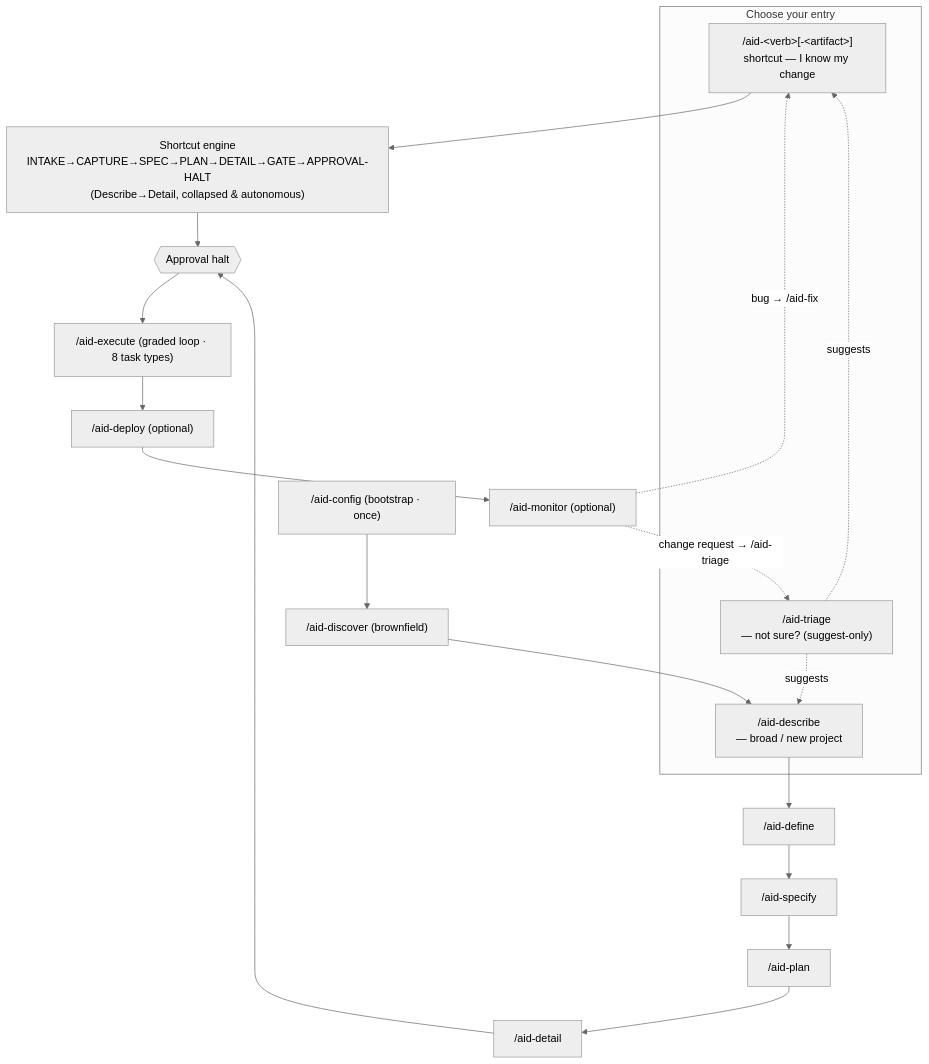
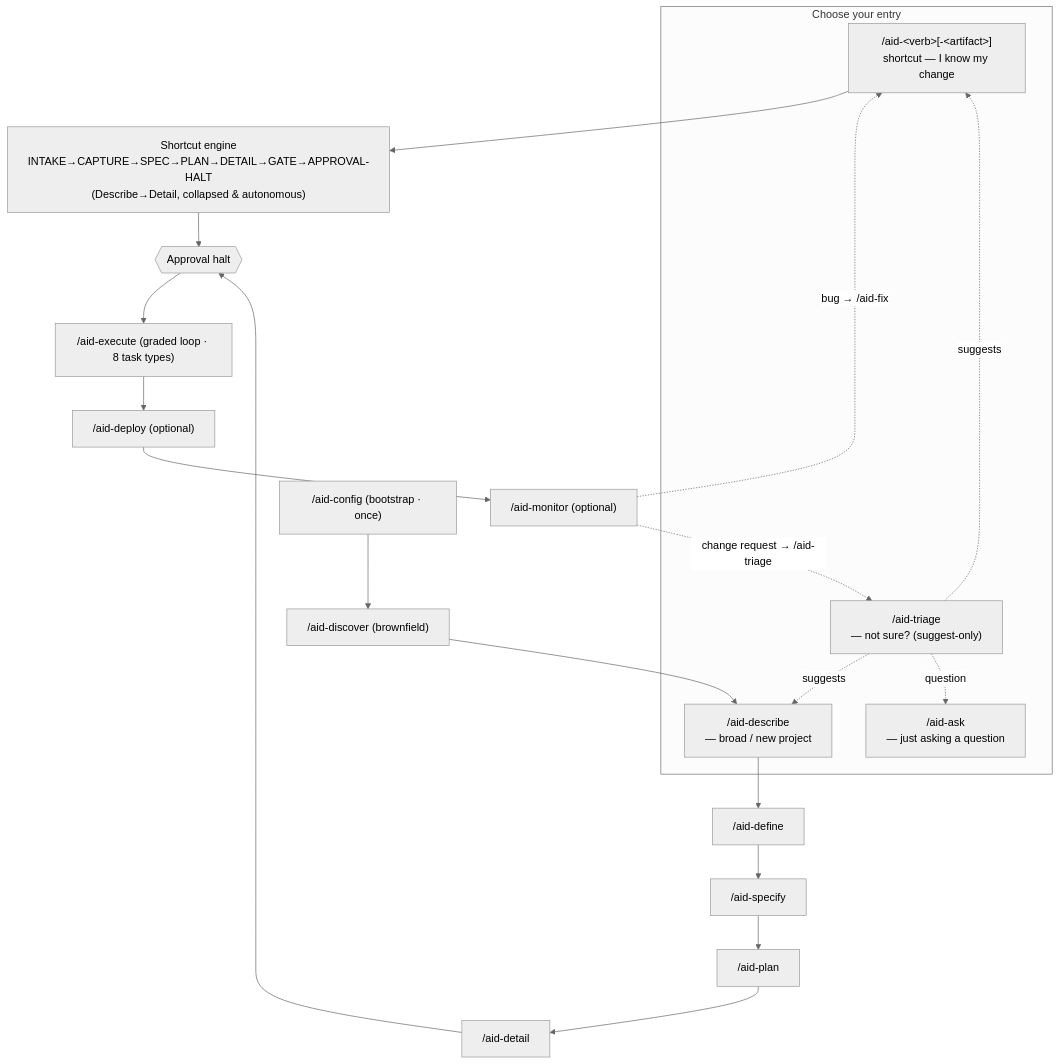
The diagram in README.md (AndreVianna/aid-methodology), drawn with Mermaid (neutral theme) before and after one commit. The commit also changed other lines of this file and 163 other files, not shown here.

````diff
--- a/README.md
+++ b/README.md
@@ -15,24 +17,26 @@
 ```mermaid
 flowchart TD
     subgraph Entry["Choose your entry"]
         SC["/aid-&lt;verb&gt;[-&lt;artifact&gt;]<br/>shortcut — I know my change"]
         TR["/aid-triage<br/>— not sure? (suggest-only)"]
         DS["/aid-describe<br/>— broad / new project"]
+        ASK["/aid-ask<br/>— just asking a question"]
     end
     TR -. suggests .-> SC
     TR -. suggests .-> DS
+    TR -. "question" .-> ASK
 
     CFG["/aid-config (bootstrap · once)"] --> DISC["/aid-discover (brownfield)"]
     DISC --> DS
 
     SC --> ENG["Shortcut engine<br/>INTAKE→CAPTURE→SPEC→PLAN→DETAIL→GATE→APPROVAL-HALT<br/>(Describe→Detail, collapsed &amp; autonomous)"]
     ENG --> HALT{{"Approval halt"}}
 
     DS --> DEF["/aid-define"] --> SPC["/aid-specify"] --> PLN["/aid-plan"] --> DTL["/aid-detail"]
     DTL --> HALT
 
     HALT --> EXE["/aid-execute (graded loop · 8 task types)"]
     EXE --> DEP["/aid-deploy (optional)"] --> MON["/aid-monitor (optional)"]
     MON -. "bug → /aid-fix" .-> SC
     MON -. "change request → /aid-triage" .-> TR
 ```
````
